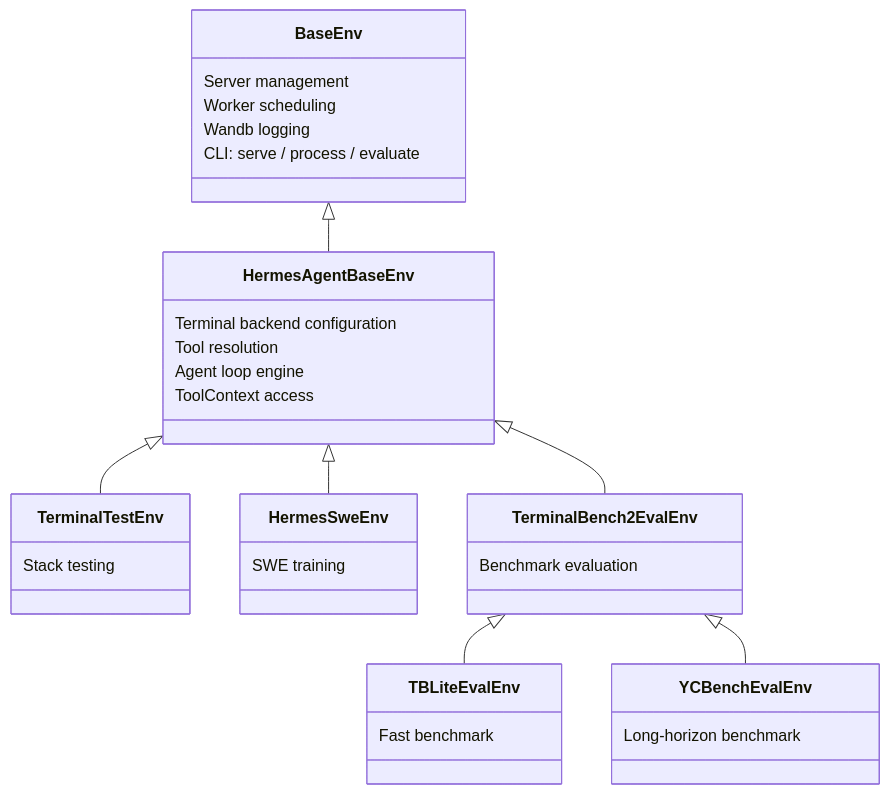
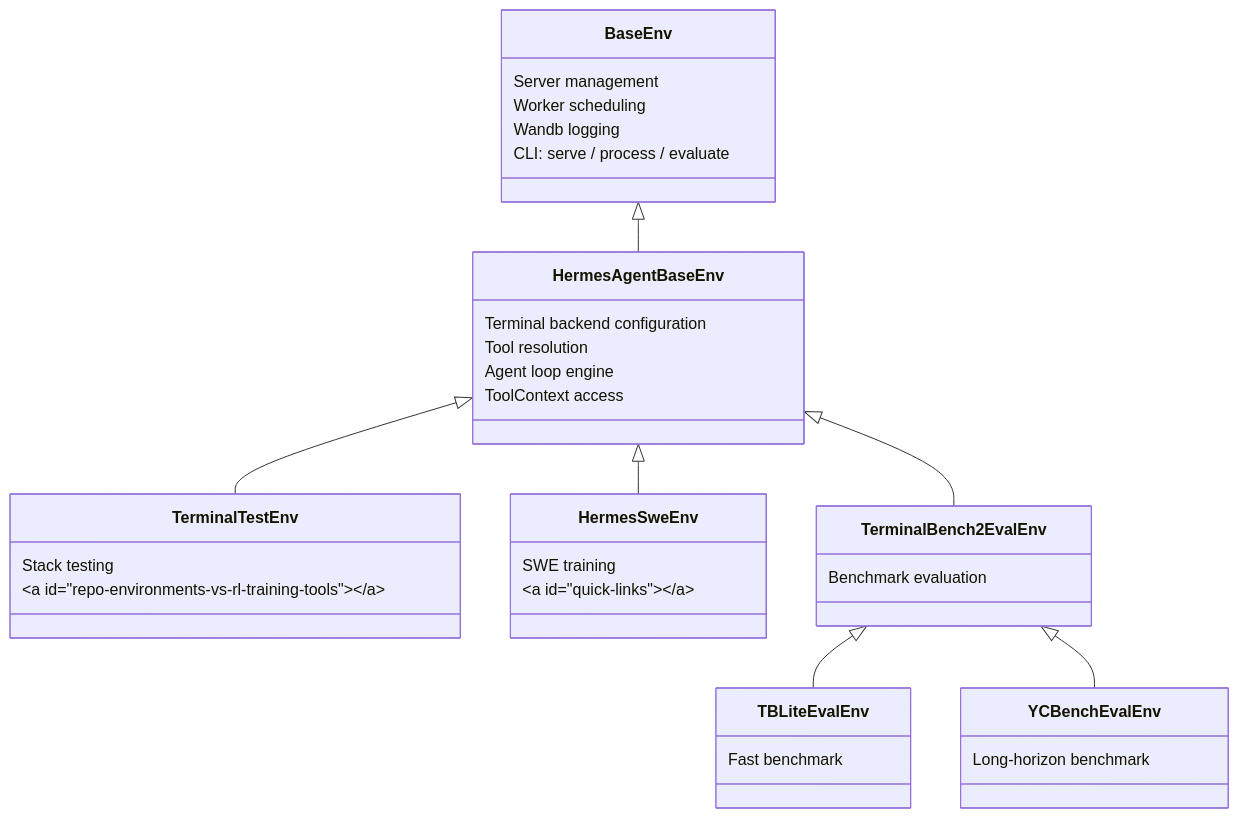
The diagram in site/docs/developer-guide/environments.md (dracohu2025-cloud/hermes-agent), drawn with Mermaid before and after one commit. The commit also changed other lines of this file and 193 other files, not shown here.

````diff
--- a/site/docs/developer-guide/environments.md
+++ b/site/docs/developer-guide/environments.md
@@ -31,43 +31,45 @@
 ```mermaid
 classDiagram
     class BaseEnv {
       Server management
       Worker scheduling
       Wandb logging
       CLI: serve / process / evaluate
     }
 
     class HermesAgentBaseEnv {
       Terminal backend configuration
       Tool resolution
       Agent loop engine
       ToolContext access
     }
 
     class TerminalTestEnv {
       Stack testing
+<a id="repo-environments-vs-rl-training-tools"></a>
     }
 
     class HermesSweEnv {
       SWE training
+<a id="quick-links"></a>
     }
 
     class TerminalBench2EvalEnv {
       Benchmark evaluation
     }
 
     class TBLiteEvalEnv {
       Fast benchmark
     }
 
     class YCBenchEvalEnv {
       Long-horizon benchmark
     }
 
     BaseEnv <|-- HermesAgentBaseEnv
     HermesAgentBaseEnv <|-- TerminalTestEnv
     HermesAgentBaseEnv <|-- HermesSweEnv
     HermesAgentBaseEnv <|-- TerminalBench2EvalEnv
     TerminalBench2EvalEnv <|-- TBLiteEvalEnv
     TerminalBench2EvalEnv <|-- YCBenchEvalEnv
 ```
````
